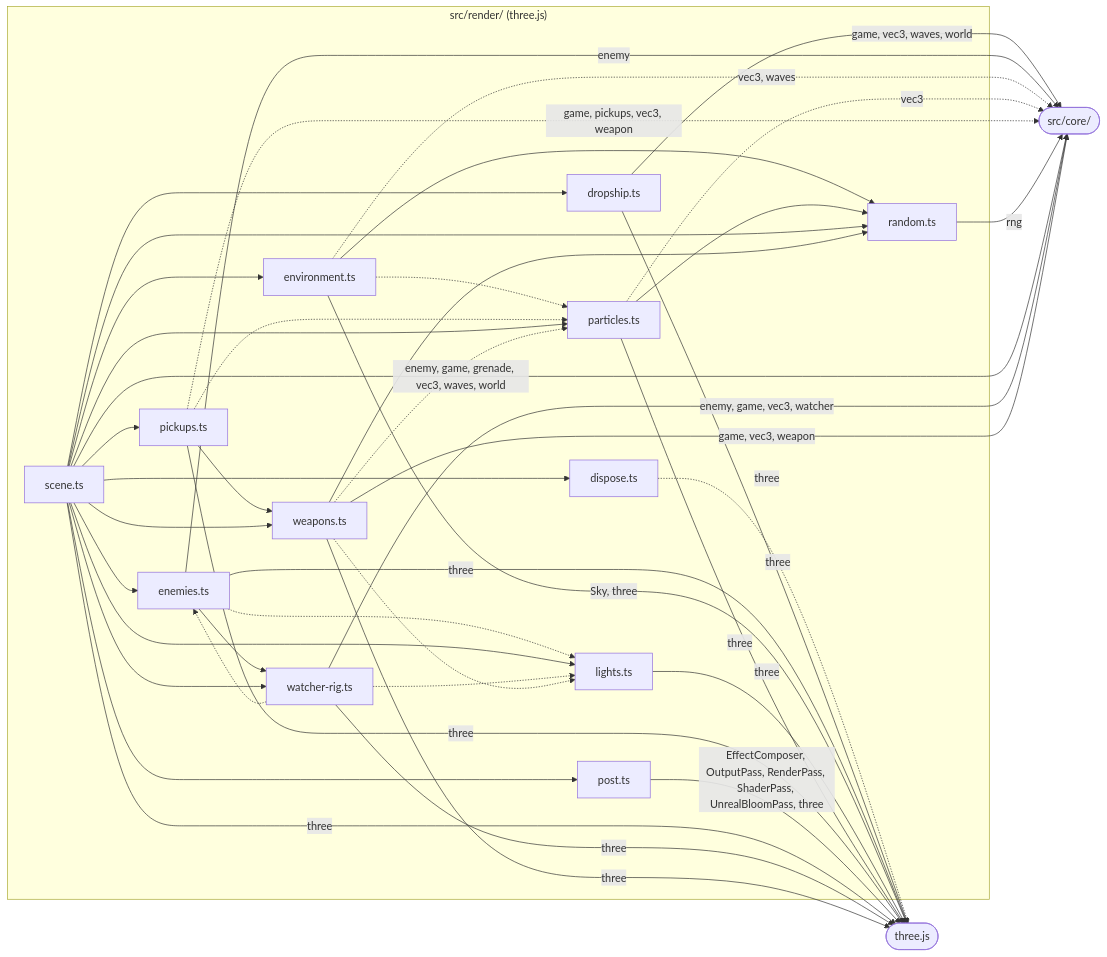
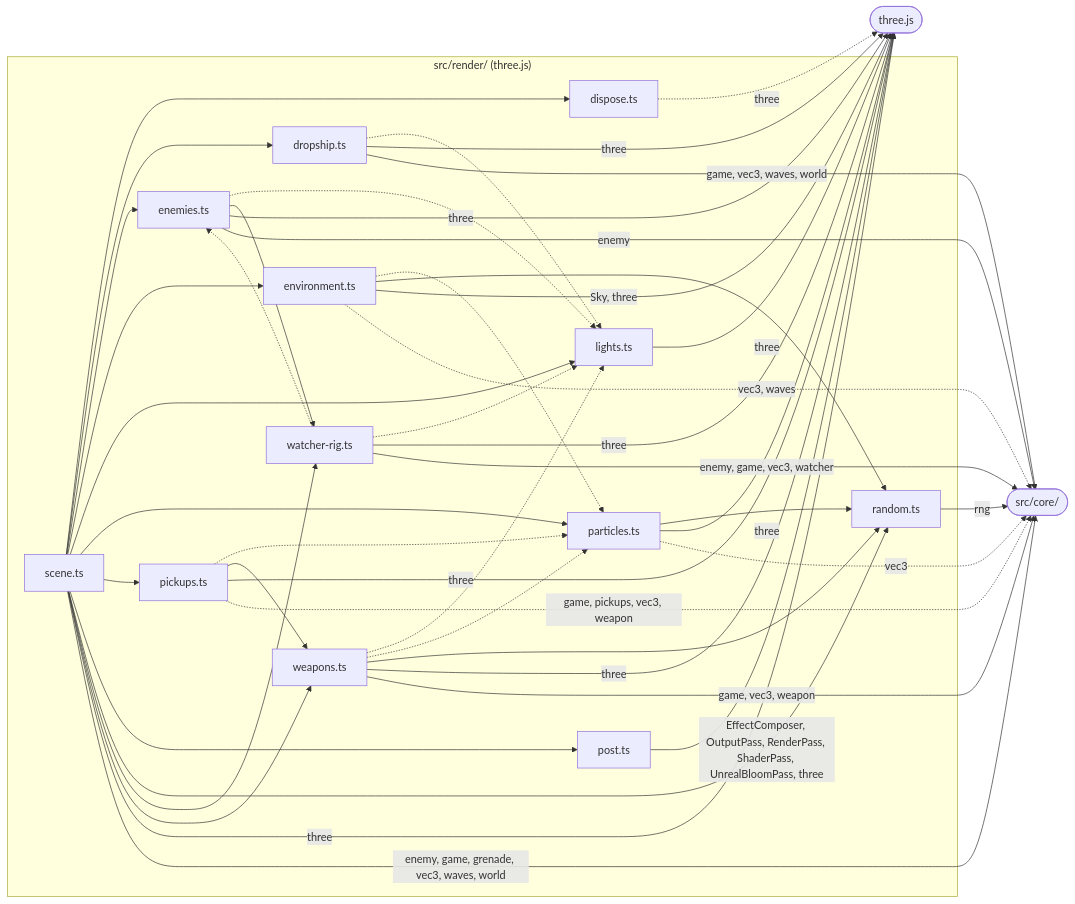
Before and after one commit to agh/ringfall: the diagram in docs/architecture/diagrams/render-components.mmd, drawn with Mermaid. The commit also changed 4 other files, not shown here.

First line of the commit message:
fix(render): dropship and pod lights come from the light pool

```diff
--- a/docs/architecture/diagrams/render-components.mmd
+++ b/docs/architecture/diagrams/render-components.mmd
@@ -1,61 +1,62 @@
 %%{init: {"flowchart": {"curve": "basis"}} }%%
 flowchart LR
   subgraph render["src/render/ (three.js)"]
     render_dispose["dispose.ts"]
     render_dropship["dropship.ts"]
     render_enemies["enemies.ts"]
     render_environment["environment.ts"]
     render_lights["lights.ts"]
     render_particles["particles.ts"]
     render_pickups["pickups.ts"]
     render_post["post.ts"]
     render_random["random.ts"]
     render_scene["scene.ts"]
     render_watcher-rig["watcher-rig.ts"]
     render_weapons["weapons.ts"]
   end
+  render_dropship -.-> render_lights
   render_enemies -.-> render_lights
   render_enemies --> render_watcher-rig
   render_environment -.-> render_particles
   render_environment --> render_random
   render_particles --> render_random
   render_pickups -.-> render_particles
   render_pickups --> render_weapons
   render_scene --> render_dispose
   render_scene --> render_dropship
   render_scene --> render_enemies
   render_scene --> render_environment
   render_scene --> render_lights
   render_scene --> render_particles
   render_scene --> render_pickups
   render_scene --> render_post
   render_scene --> render_random
   render_scene --> render_watcher-rig
   render_scene --> render_weapons
   render_watcher-rig -.-> render_enemies
   render_watcher-rig -.-> render_lights
   render_weapons -.-> render_lights
   render_weapons -.-> render_particles
   render_weapons --> render_random
   core(["src/core/"])
   three(["three.js"])
   render_dispose -.->|"three"| three
   render_dropship -->|"three"| three
   render_dropship -->|"game, vec3, waves, world"| core
   render_enemies -->|"three"| three
   render_enemies -->|"enemy"| core
   render_environment -->|"Sky, three"| three
   render_environment -.->|"vec3, waves"| core
   render_lights -->|"three"| three
   render_particles -->|"three"| three
   render_particles -.->|"vec3"| core
   render_pickups -->|"three"| three
   render_pickups -.->|"game, pickups, vec3, weapon"| core
   render_post -->|"EffectComposer, OutputPass, RenderPass, ShaderPass, UnrealBloomPass, three"| three
   render_random -->|"rng"| core
   render_scene -->|"three"| three
   render_scene -->|"enemy, game, grenade, vec3, waves, world"| core
   render_watcher-rig -->|"three"| three
   render_watcher-rig -->|"enemy, game, vec3, watcher"| core
   render_weapons -->|"three"| three
   render_weapons -->|"game, vec3, weapon"| core
```
